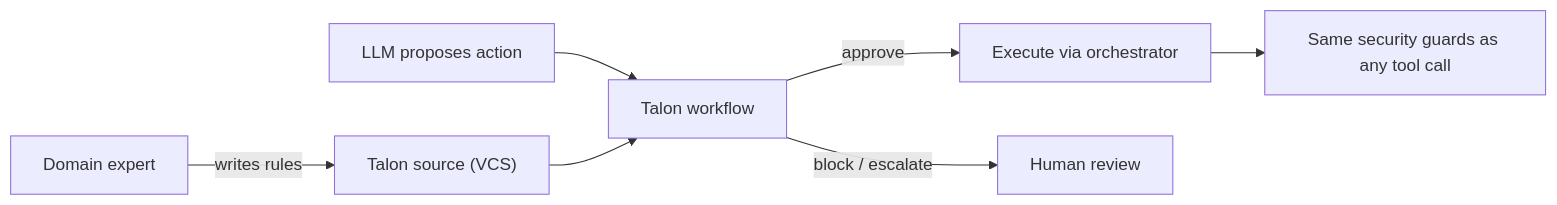
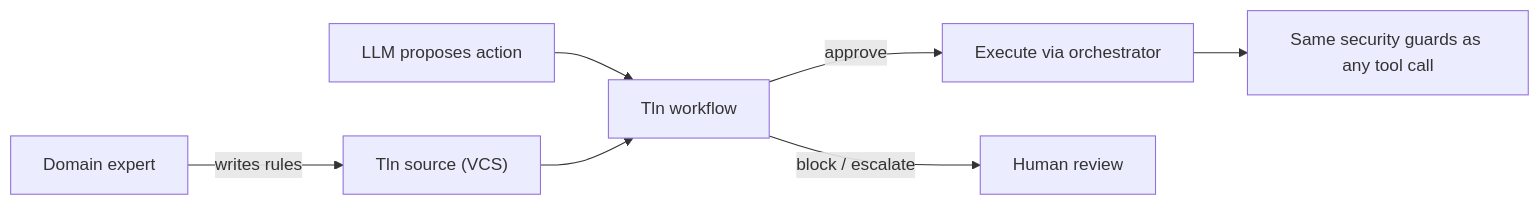
One commit to opentalon/opentalon changed the third of 3 diagrams in README.md. Above: the diagram before and after it, drawn with Mermaid. The commit also changed other lines of this file and 4 other files, not shown here.

First line of the commit message:
docs: update Talon language links to tln (tln-language, tln-plugin, pkg/tln)

````diff
--- a/README.md
+++ b/README.md
@@ -173,9 +173,9 @@
 ```mermaid
 flowchart LR
-    Expert["Domain expert"] -->|"writes rules"| TalonSrc["Talon source (VCS)"]
-    LLM["LLM proposes action"] --> Workflow["Talon workflow"]
-    TalonSrc --> Workflow
+    Expert["Domain expert"] -->|"writes rules"| TlnSrc["Tln source (VCS)"]
+    LLM["LLM proposes action"] --> Workflow["Tln workflow"]
+    TlnSrc --> Workflow
     Workflow -->|"approve"| Exec["Execute via orchestrator"]
     Workflow -->|"block / escalate"| Human["Human review"]
     Exec --> Guards["Same security guards as any tool call"]
 ```
````
